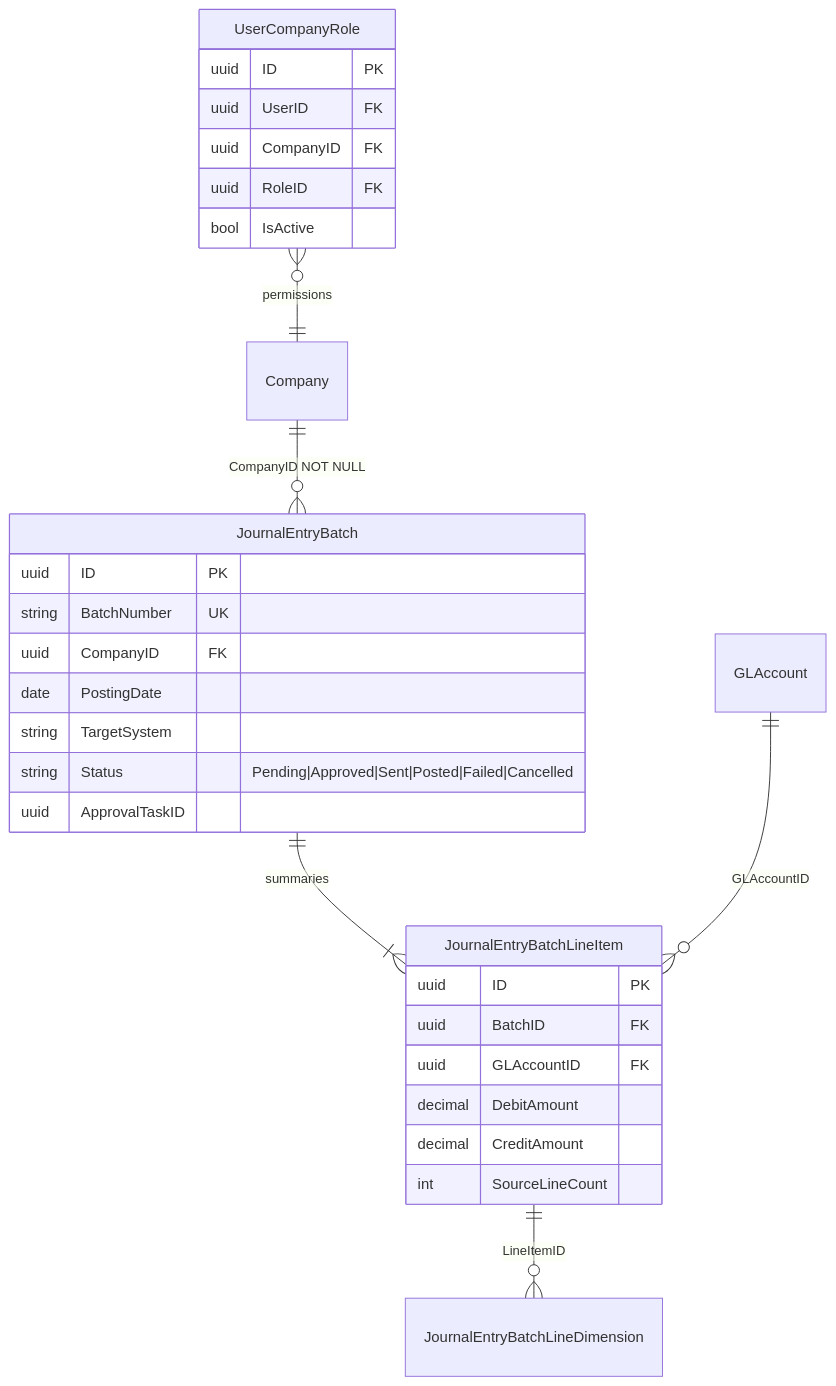
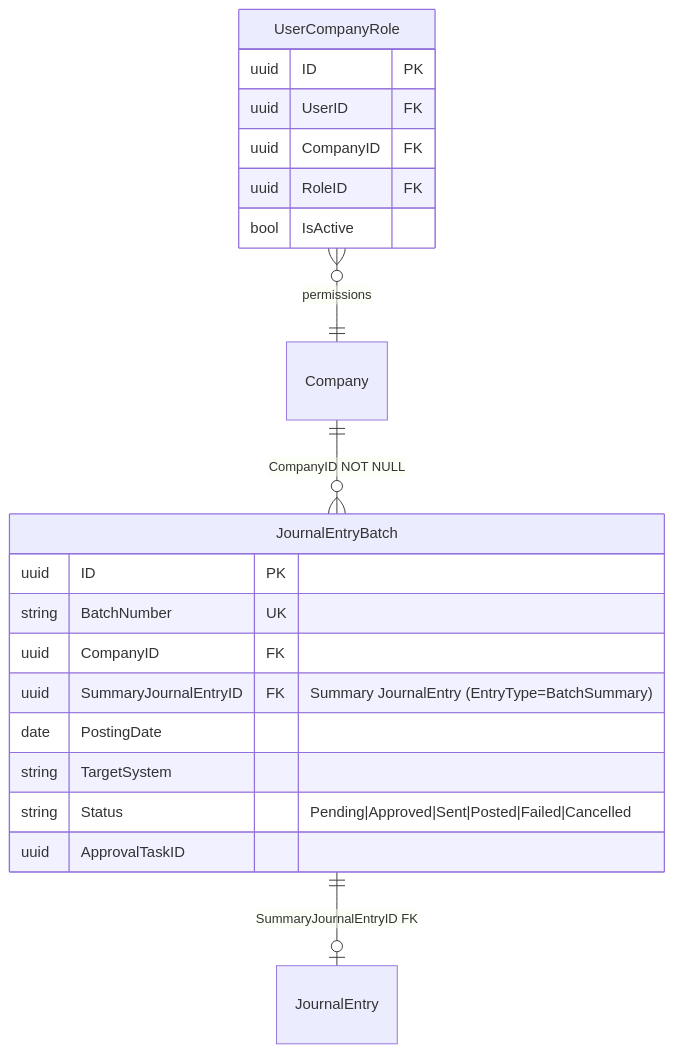
One commit to MemberJunction/bizapps-accounting changed the third of 4 diagrams in plans/MASTER-PLAN.md. Above: the diagram before and after it, drawn with Mermaid. The commit also changed other lines of this file, not shown here.

Commit message:
refactor(plans): simplify batch summary model by linking JournalEntryBatch to SummaryJournalEntryID

````diff
--- a/plans/MASTER-PLAN.md
+++ b/plans/MASTER-PLAN.md
@@ -137,33 +137,24 @@
 ```mermaid
 erDiagram
     Company ||--o{ JournalEntryBatch : "CompanyID NOT NULL"
-    JournalEntryBatch ||--|{ JournalEntryBatchLineItem : "summaries"
-    JournalEntryBatchLineItem ||--o{ JournalEntryBatchLineDimension : "LineItemID"
-    GLAccount ||--o{ JournalEntryBatchLineItem : "GLAccountID"
+    JournalEntryBatch ||--o| JournalEntry : "SummaryJournalEntryID FK"
     UserCompanyRole }o--|| Company : "permissions"
 
     JournalEntryBatch {
         uuid ID PK
         string BatchNumber UK
         uuid CompanyID FK
+        uuid SummaryJournalEntryID FK "Summary JournalEntry (EntryType=BatchSummary)"
         date PostingDate
         string TargetSystem
         string Status "Pending|Approved|Sent|Posted|Failed|Cancelled"
         uuid ApprovalTaskID
-    }
-    JournalEntryBatchLineItem {
-        uuid ID PK
-        uuid BatchID FK
-        uuid GLAccountID FK
-        decimal DebitAmount
-        decimal CreditAmount
-        int SourceLineCount
     }
     UserCompanyRole {
         uuid ID PK
         uuid UserID FK
         uuid CompanyID FK
         uuid RoleID FK
         bool IsActive
     }
 ```
````
